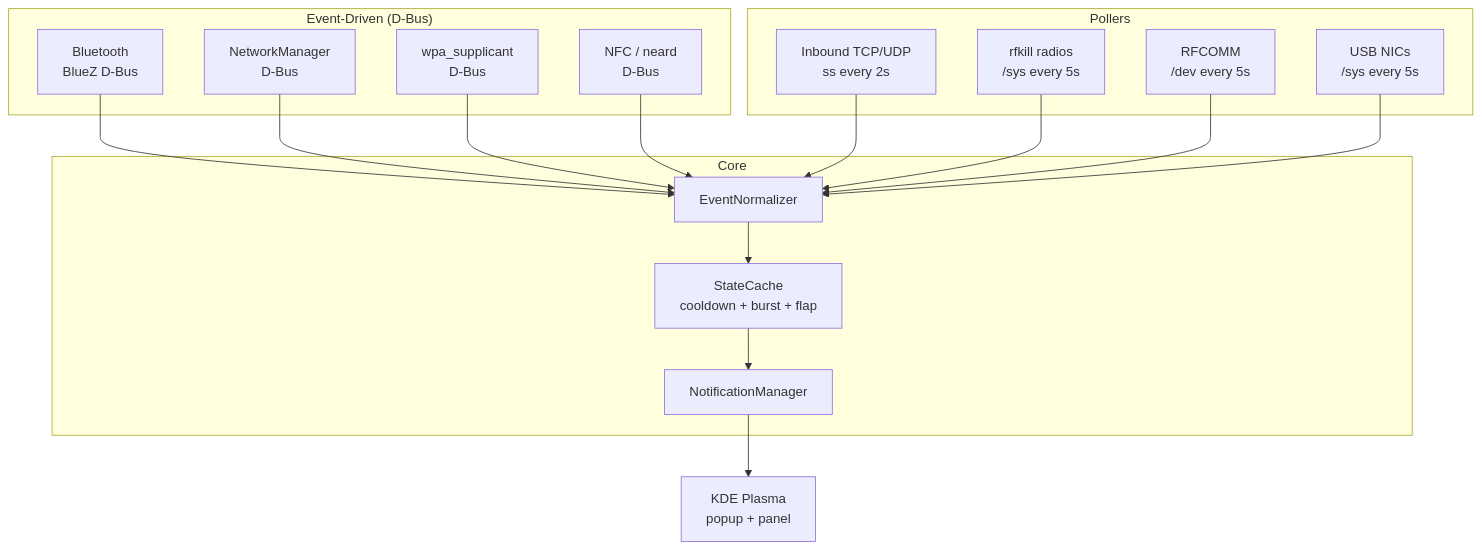
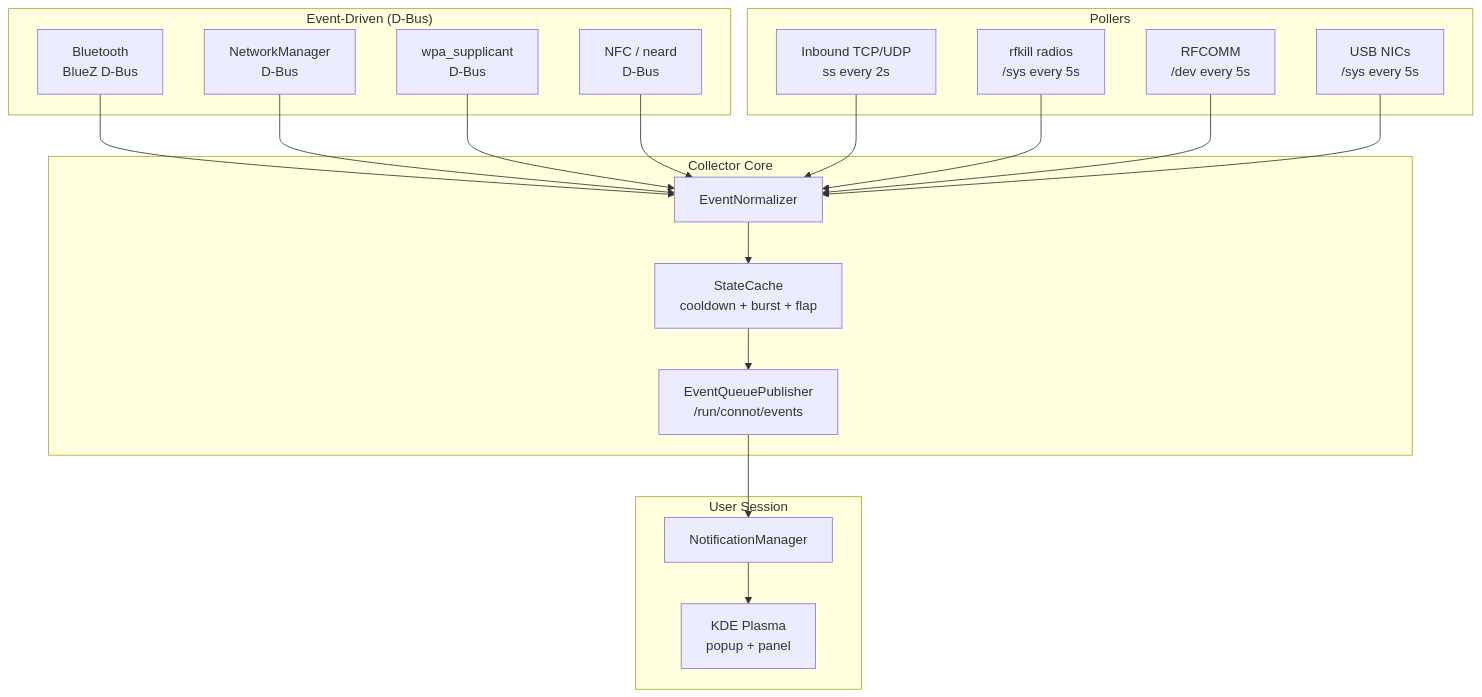
One commit to ondrakuz/remote_connections_notifier changed the diagram in connot_architecture.md. Above: the diagram before and after it, drawn with Mermaid. The commit also changed other lines of this file and 7 other files, not shown here.

Commit message:
New architecture, alowing to read (and notify) info about target service or app

````diff
--- a/connot_architecture.md
+++ b/connot_architecture.md
@@ -14,37 +19,41 @@
 ```mermaid
 flowchart TB
     subgraph "Event-Driven (D-Bus)"
         BT[Bluetooth\nBlueZ D-Bus]
         NM[NetworkManager\nD-Bus]
         WPA[wpa_supplicant\nD-Bus]
         NFC[NFC / neard\nD-Bus]
     end
 
     subgraph "Pollers"
         SS[Inbound TCP/UDP\nss every 2s]
         RF[rfkill radios\n/sys every 5s]
         RFC[RFCOMM\n/dev every 5s]
         USB[USB NICs\n/sys every 5s]
     end
 
-    subgraph "Core"
+    subgraph "Collector Core"
         NORM[EventNormalizer]
         CACHE[StateCache\ncooldown + burst + flap]
-        NOTIFY[NotificationManager]
+        QUEUE[EventQueuePublisher\n/run/connot/events]
     end
 
-    KDE[KDE Plasma\npopup + panel]
+    subgraph "User Session"
+        NOTIFY[NotificationManager]
+        KDE[KDE Plasma\npopup + panel]
+    end
 
     BT --> NORM
     NM --> NORM
     WPA --> NORM
     NFC --> NORM
     SS --> NORM
     RF --> NORM
     RFC --> NORM
     USB --> NORM
 
     NORM --> CACHE
-    CACHE --> NOTIFY
+    CACHE --> QUEUE
+    QUEUE --> NOTIFY
     NOTIFY --> KDE
 ```
````
